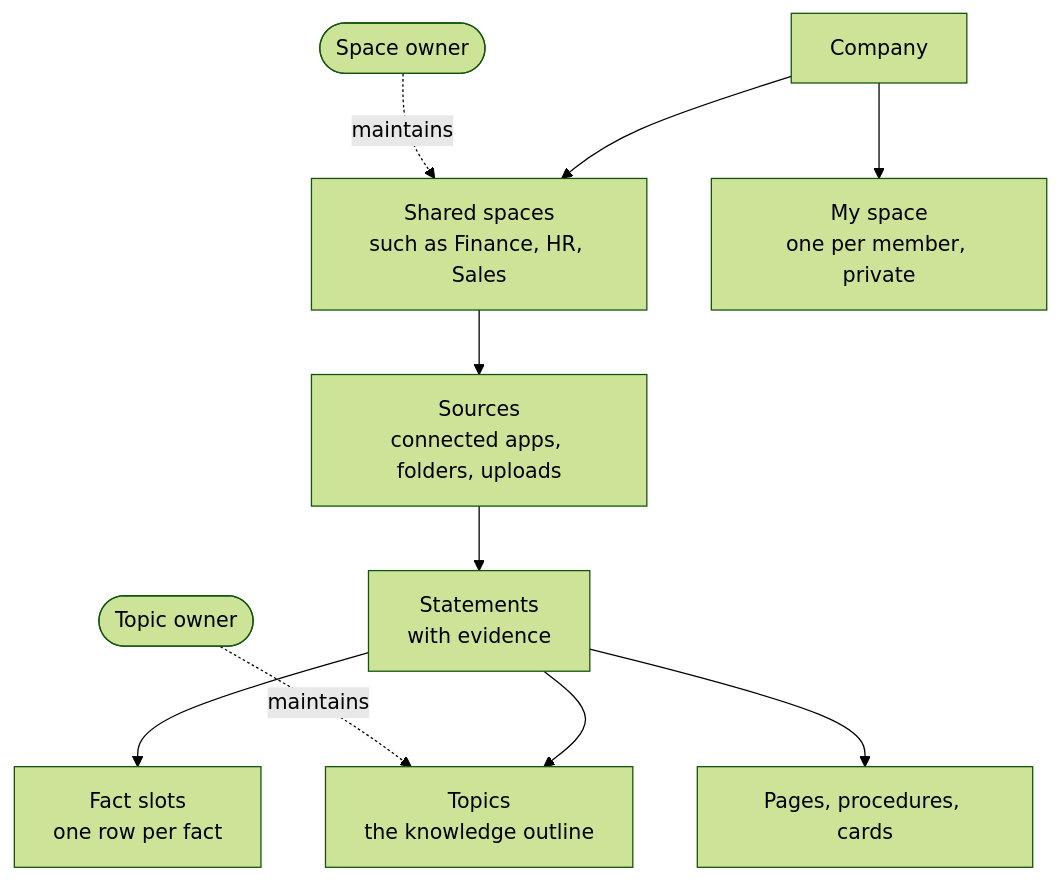
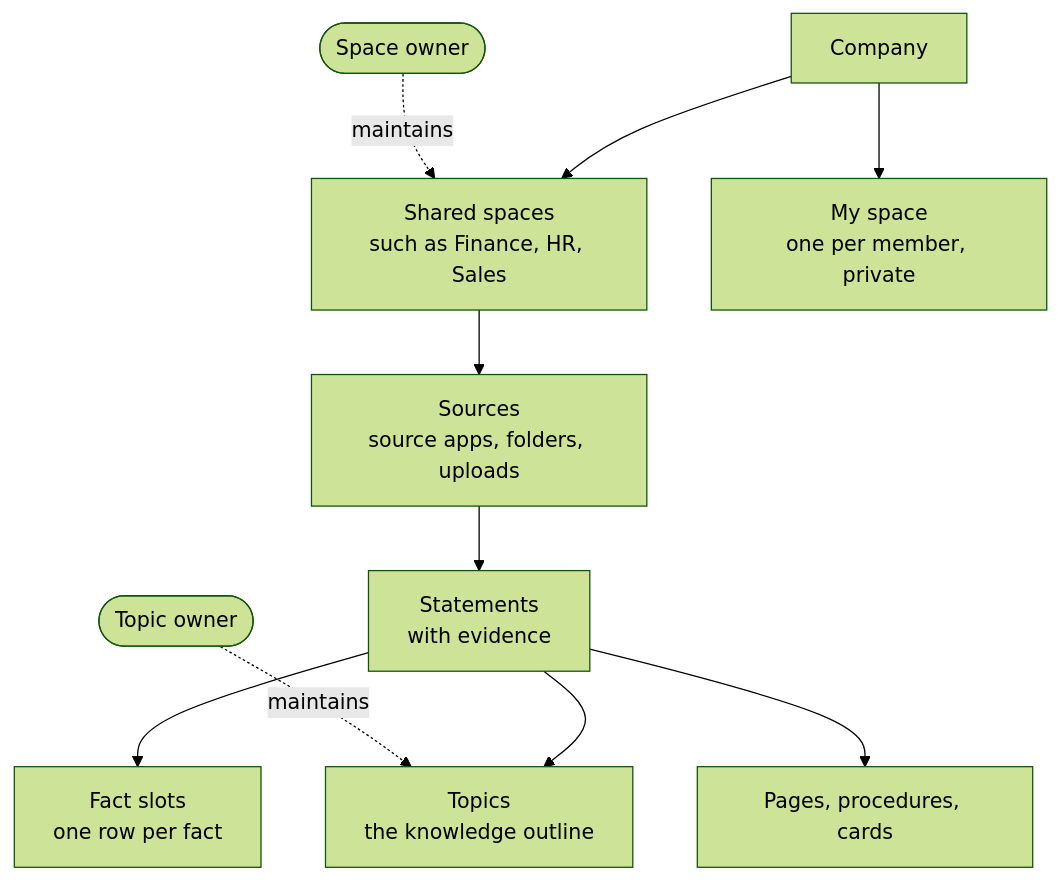
The second of 17 diagrams in docs/overview.md (AngelMsger/Inspiration), drawn with Mermaid (forest theme) before and after one commit. The commit also changed other lines of this file and 3 other files, not shown here.

First line of the commit message:
Docs: Source connections and Apps with access

````diff
--- a/docs/overview.md
+++ b/docs/overview.md
@@ -108,12 +108,12 @@
 ```mermaid
 flowchart TB
   C[Company] --> SP["Shared spaces<br/>such as Finance, HR, Sales"]
   C --> MY["My space<br/>one per member, private"]
-  SP --> SRC["Sources<br/>connected apps, folders, uploads"]
+  SP --> SRC["Sources<br/>source apps, folders, uploads"]
   SRC --> ST["Statements<br/>with evidence"]
   ST --> SL["Fact slots<br/>one row per fact"]
   ST --> TP["Topics<br/>the knowledge outline"]
   ST --> PG["Pages, procedures, cards"]
   SO([Space owner]) -. maintains .-> SP
   TO([Topic owner]) -. maintains .-> TP
 ```
````
